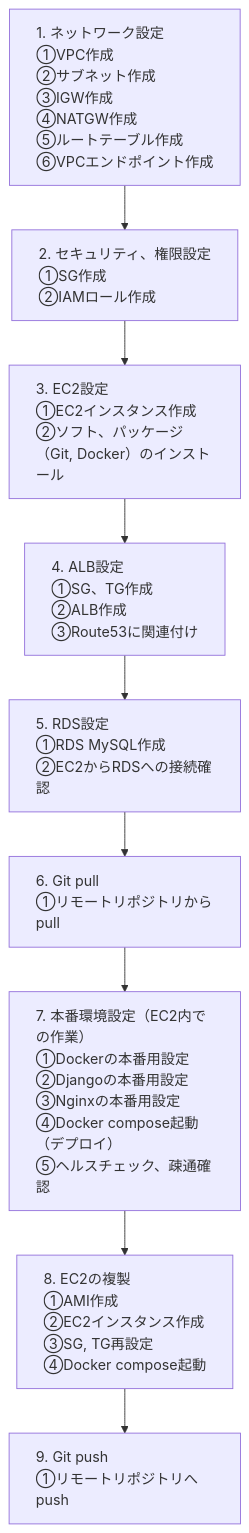
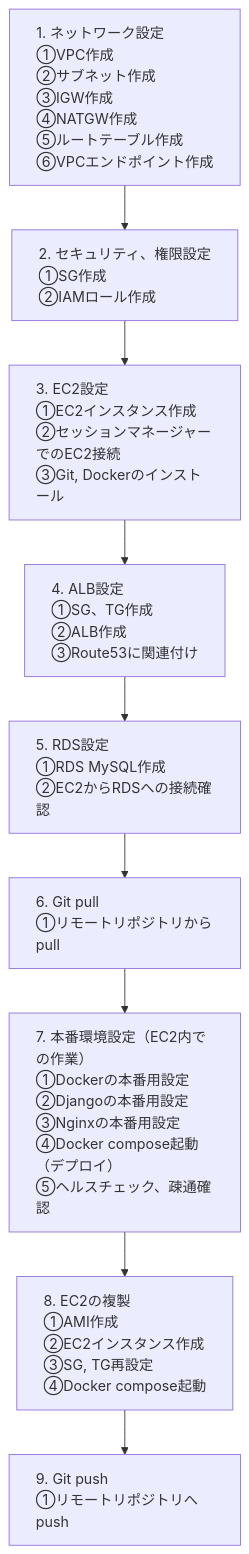
One commit to hiro-53-RareTECH/kajimaru-app changed the second of 2 diagrams in README.md. Above: the diagram before and after it, drawn with Mermaid. The commit also changed other lines of this file, not shown here.

````diff
--- a/README.md
+++ b/README.md
@@ -695,14 +698,14 @@
 ```mermaid
 flowchart TB
     classDef left text-align:left;
     A[1. ネットワーク設定<br/>①VPC作成<br/>②サブネット作成<br/>③IGW作成<br/>④NATGW作成<br/>⑤ルートテーブル作成<br/>⑥VPCエンドポイント作成]:::left --> 
     B[2. セキュリティ、権限設定<br/>①SG作成<br/>②IAMロール作成]:::left
-    B --> C[3. EC2設定<br/>①EC2インスタンス作成<br/>②ソフト、パッケージ（Git, Docker）のインストール]:::left
+    B --> C[3. EC2設定<br/>①EC2インスタンス作成<br/>②セッションマネージャーでのEC2接続<br/>③Git, Dockerのインストール]:::left
     C --> D[4. ALB設定<br/>①SG、TG作成<br/>②ALB作成<br/>③Route53に関連付け]:::left
     D --> E[5. RDS設定<br/>①RDS MySQL作成<br/>②EC2からRDSへの接続確認]:::left
     E --> F[6. Git pull<br/>①リモートリポジトリからpull]:::left
     F --> G[7. 本番環境設定（EC2内での作業）<br/>①Dockerの本番用設定<br/>②Djangoの本番用設定<br/>③Nginxの本番用設定<br/>④Docker compose起動（デプロイ）<br/>⑤ヘルスチェック、疎通確認]:::left
     G --> H[8. EC2の複製<br/>①AMI作成<br/>②EC2インスタンス作成<br/>③SG, TG再設定<br/>④Docker compose起動]:::left
     H --> I[9. Git push<br/>①リモートリポジトリへpush]:::left
 
 ```
````
